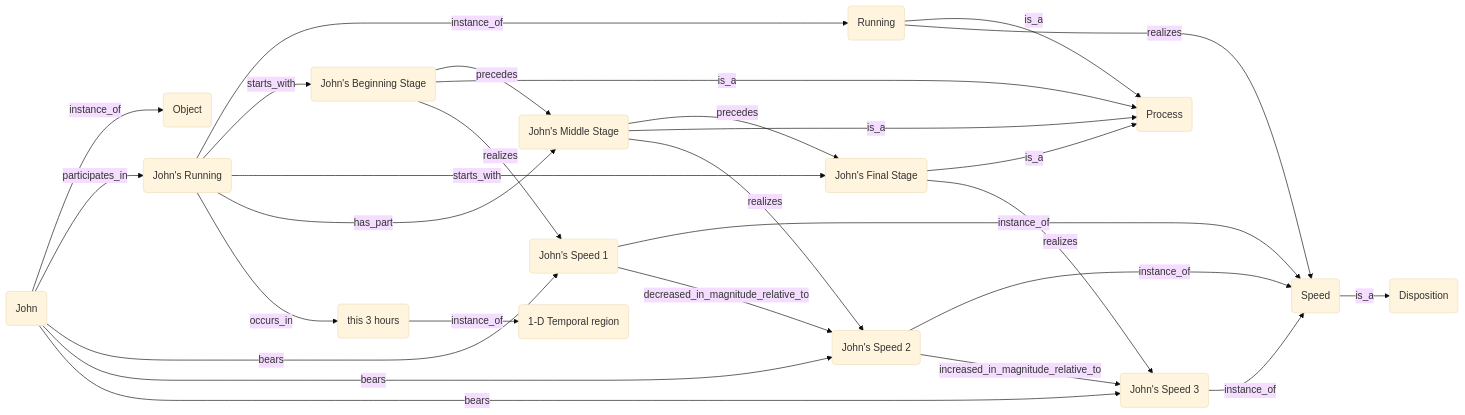
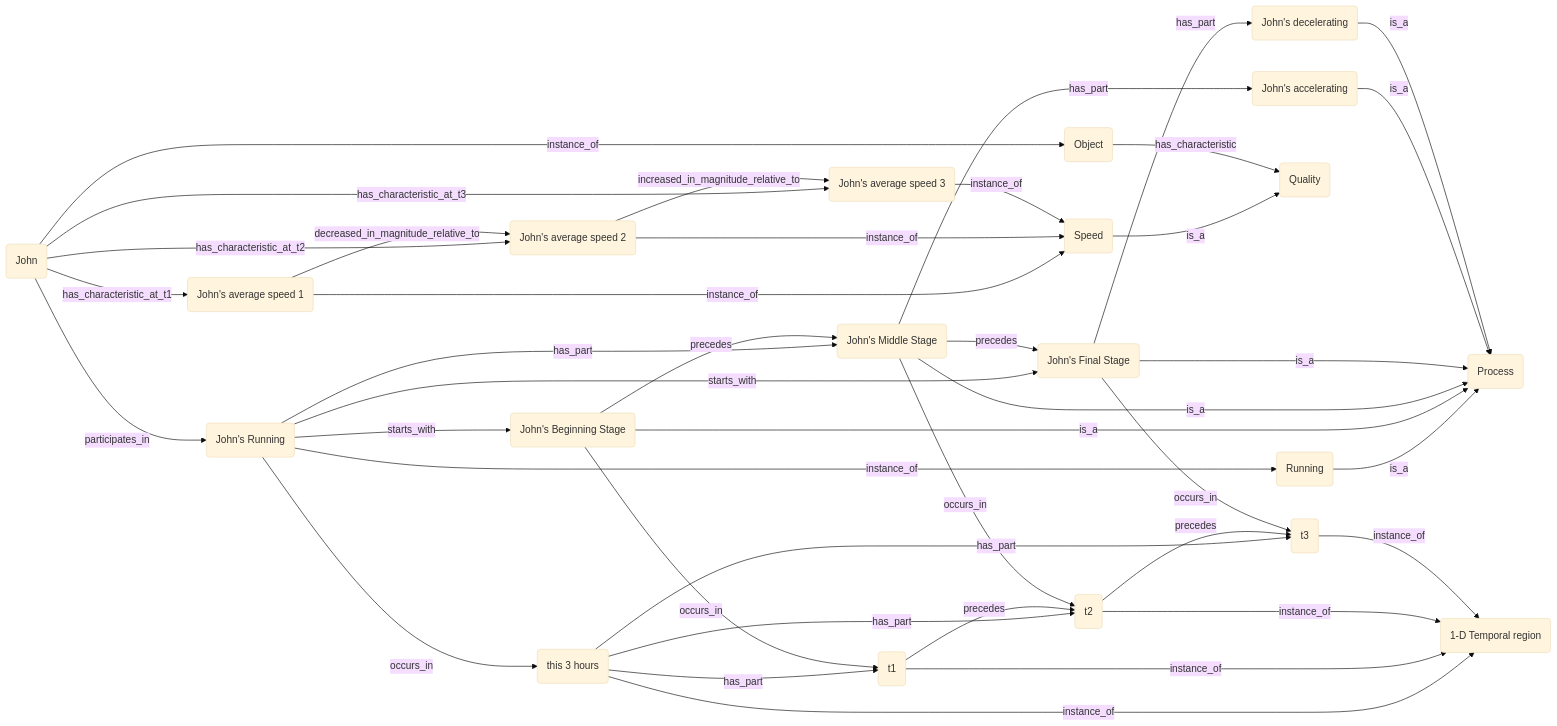
Before and after one commit to johnbeve/PHI-696: the second of 2 diagrams in Project-3/Peihong_Xie_Project_3_50375781.md, drawn with Mermaid (base theme). The commit also changed other lines of this file, not shown here.

Commit message:
fix Q5 AND Q8's model graph

````diff
--- a/Project-3/Peihong_Xie_Project_3_50375781.md
+++ b/Project-3/Peihong_Xie_Project_3_50375781.md
@@ -277,30 +291,42 @@
 ```mermaid
 graph LR
 A(John) -->|instance_of|B(Object)
 C(Running) -->|is_a|D(Process)
 E(John's Running) -->|instance_of|C(Running)
 A(John) -->|participates_in|E(John's Running)
 E(John's Running) -->|starts_with|F(John's Beginning Stage)
 E(John's Running) -->|starts_with|G(John's Final Stage)
 E(John's Running) -->|has_part|H(John's Middle Stage)
 F(John's Beginning Stage)-->|precedes|H(John's Middle Stage)
 H(John's Middle Stage)-->|precedes|G(John's Final Stage)
 F(John's Beginning Stage) -->|is_a|D(Process)
 H(John's Middle Stage) -->|is_a|D(Process)
 G(John's Final Stage) -->|is_a|D(Process)
 E(John's Running) -->|occurs_in|I(this 3 hours)
 I(this 3 hours)-->|instance_of|J(1-D Temporal region)
-K(Speed) --> |is_a|L(Disposition)
-C(Running) --> |realizes|K(Speed)
-M(John's Speed 1) -->|instance_of|K(Speed)
-N(John's Speed 2) -->|instance_of|K(Speed)
-O(John's Speed 3) -->|instance_of|K(Speed)
-F(John's Beginning Stage) -->|realizes|M(John's Speed 1)
-H(John's Middle Stage) -->|realizes|N(John's Speed 2)
-G(John's Final Stage) -->|realizes|O(John's Speed 3)
-A(John) -->|bears|M(John's Speed 1)
-A(John) -->|bears|N(John's Speed 2)
-A(John) -->|bears|O(John's Speed 3)
-M(John's Speed 1) -->|decreased_in_magnitude_relative_to|N(John's Speed 2)
-N(John's Speed 2) -->|increased_in_magnitude_relative_to|O(John's Speed 3)
+I(this 3 hours) -->|has_part|P(t1)
+I(this 3 hours) -->|has_part|Q(t2)
+I(this 3 hours) -->|has_part|R(t3)
+P(t1) -->|instance_of|J(1-D Temporal region)
+Q(t2) -->|instance_of|J(1-D Temporal region)
+R(t3) -->|instance_of|J(1-D Temporal region)
+P(t1) -->|precedes|Q(t2)
+Q(t2) -->|precedes|R(t3)
+F(John's Beginning Stage) -->|occurs_in|P(t1)
+H(John's Middle Stage) -->|occurs_in|Q(t2)
+G(John's Final Stage) -->|occurs_in|R(t3)
+K(Speed) --> |is_a|L(Quality)
+B(Object) -->|has_characteristic|L(Quality) 
+M(John's average speed 1) -->|instance_of|K(Speed)
+N(John's average speed 2) -->|instance_of|K(Speed)
+O(John's average speed 3) -->|instance_of|K(Speed)
+A(John) -->|has_characteristic_at_t1|M(John's average speed 1)
+A(John) -->|has_characteristic_at_t2|N(John's average speed 2)
+A(John) -->|has_characteristic_at_t3|O(John's average speed 3)
+M(John's average speed 1) -->|decreased_in_magnitude_relative_to|N(John's average speed 2)
+N(John's average speed 2) -->|increased_in_magnitude_relative_to|O(John's average speed 3)
+H(John's Middle Stage) -->|has_part|S(John's accelerating)
+G(John's Final Stage) -->|has_part|T(John's decelerating) 
+S(John's accelerating) -->|is_a|D(Process)
+T(John's decelerating) -->|is_a|D(Process)
 ```
````
